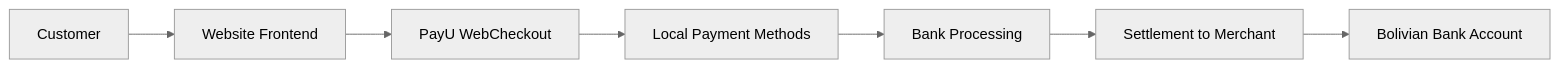
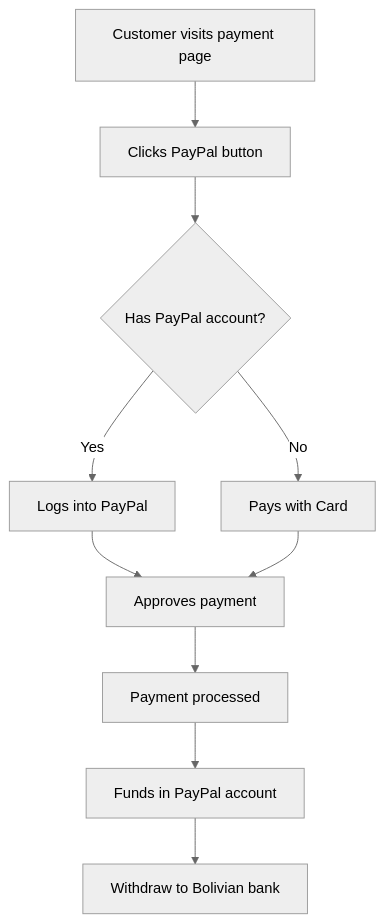
The third of 6 diagrams in docs/spikes/payment-gateways.md (ChanchitoFinance/ChanchitoDocumentation), drawn with Mermaid (neutral theme) before and after one commit. The commit also changed other lines of this file, not shown here.

Commit message:
feat: Update docs for payment gateways including paypal, cryptos, payooner and others

````diff
--- a/docs/spikes/payment-gateways.md
+++ b/docs/spikes/payment-gateways.md
@@ -626,9 +883,12 @@
 ```mermaid
-graph LR
-    A[Customer] --> B[Website Frontend]
-    B --> C[PayU WebCheckout]
-    C --> D[Local Payment Methods]
-    D --> E[Bank Processing]
-    E --> F[Settlement to Merchant]
-    F --> G[Bolivian Bank Account]
+graph TD
+    A[Customer visits payment page] --> B[Clicks PayPal button]
+    B --> C{Has PayPal account?}
+    C -->|Yes| D[Logs into PayPal]
+    C -->|No| E[Pays with Card]
+    D --> F[Approves payment]
+    E --> F
+    F --> G[Payment processed]
+    G --> H[Funds in PayPal account]
+    H --> I[Withdraw to Bolivian bank]
 ```
````
